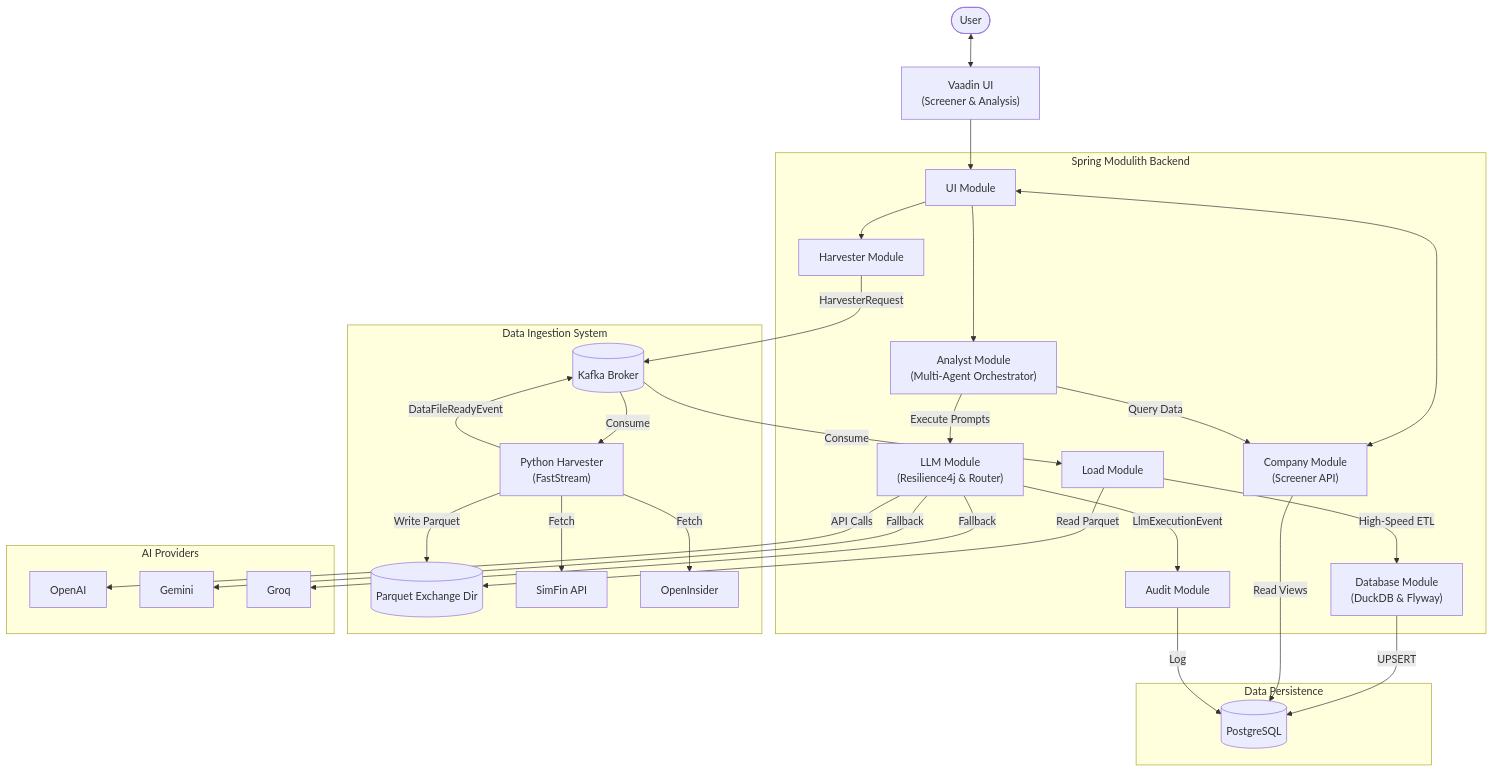
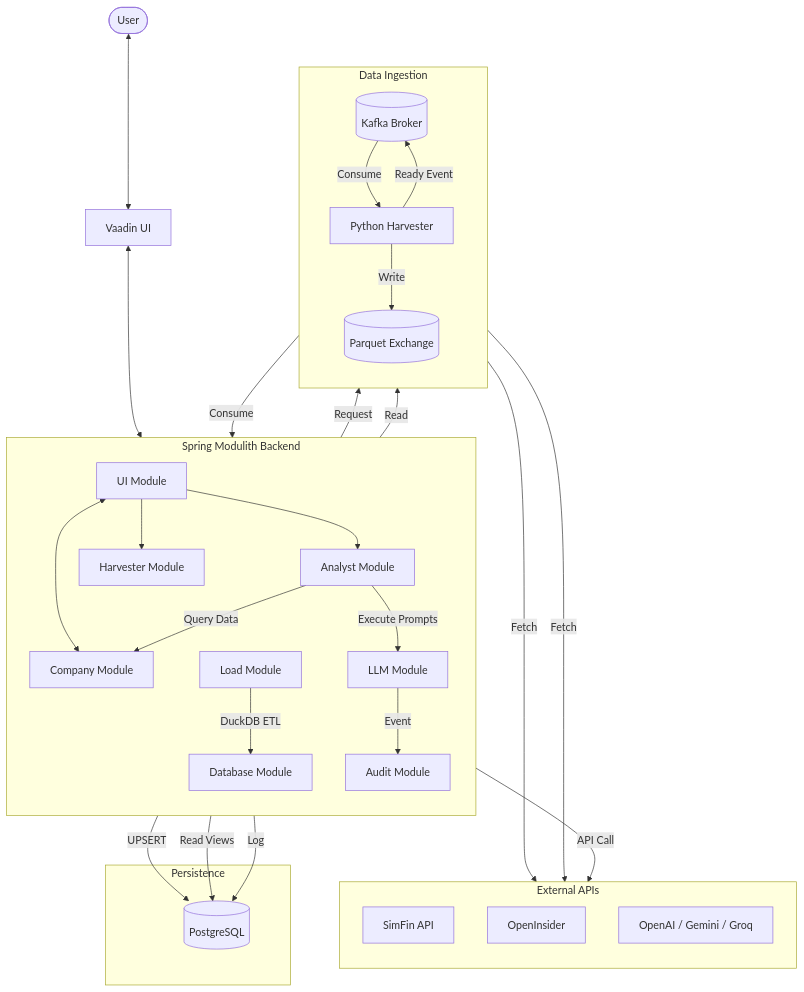
The diagram in README.md (amanitka/oraculum), drawn with Mermaid before and after one commit. The commit also changed other lines of this file, not shown here.

Commit message:
Update README: enhance UI screenshot presentation with resizable HTML images; refine architecture diagram for clarity and consistency.

````diff
--- a/README.md
+++ b/README.md
@@ -32,68 +32,62 @@
 ```mermaid
 flowchart TD
-    %% Users & UI
-    User([User])
-    UI["Vaadin UI<br/>(Screener & Analysis)"]
-    User <--> UI
+    User([User]) <--> UI["Vaadin UI"]
     
-    %% Java Backend Modules
     subgraph Spring Modulith Backend
+        direction TB
         UI_Mod["UI Module"]
-        Company["Company Module<br/>(Screener API)"]
+        Company["Company Module"]
+        Analyst["Analyst Module"]
         Harvester_Mod["Harvester Module"]
         Load["Load Module"]
-        Database["Database Module<br/>(DuckDB & Flyway)"]
-        Analyst["Analyst Module<br/>(Multi-Agent Orchestrator)"]
-        LLM["LLM Module<br/>(Resilience4j & Router)"]
+        Database["Database Module"]
+        LLM["LLM Module"]
         Audit["Audit Module"]
     end
+    
+    subgraph Data Ingestion
+        direction TB
+        Kafka[("Kafka Broker")]
+        PythonHarvester["Python Harvester"]
+        ExchangeDir[("Parquet Exchange")]
+    end
 
-    %% External Systems
-    subgraph Data Ingestion System
-        Kafka[("Kafka Broker")]
-        PythonHarvester["Python Harvester<br/>(FastStream)"]
-        ExchangeDir[("Parquet Exchange Dir")]
+    subgraph External APIs
+        direction TB
         SimFin["SimFin API"]
         OpenInsider["OpenInsider"]
+        AI_Models["OpenAI / Gemini / Groq"]
     end
 
-    subgraph Data Persistence
+    subgraph Persistence
         Postgres[("PostgreSQL")]
     end
-    
-    subgraph AI Providers
-        OpenAI["OpenAI"]
-        Gemini["Gemini"]
-        Groq["Groq"]
-    end
 
-    %% Internal connections
-    UI --> UI_Mod
+    %% Core UI Flow
+    UI <--> UI_Mod
     UI_Mod <--> Company
     UI_Mod --> Analyst
     UI_Mod --> Harvester_Mod
     
-    %% Data Harvesting Flow
-    Harvester_Mod -- "HarvesterRequest" --> Kafka
+    %% Harvester / Ingestion Pipeline
+    Harvester_Mod -- "Request" --> Kafka
     Kafka -- "Consume" --> PythonHarvester
     PythonHarvester -- "Fetch" --> SimFin
     PythonHarvester -- "Fetch" --> OpenInsider
-    PythonHarvester -- "Write Parquet" --> ExchangeDir
-    PythonHarvester -- "DataFileReadyEvent" --> Kafka
+    PythonHarvester -- "Write" --> ExchangeDir
+    PythonHarvester -- "Ready Event" --> Kafka
     
-    %% Data Loading Flow
+    %% Data Load Pipeline
     Kafka -- "Consume" --> Load
-    Load -- "Read Parquet" --> ExchangeDir
-    Load -- "High-Speed ETL" --> Database
+    Load -- "Read" --> ExchangeDir
+    Load -- "DuckDB ETL" --> Database
     Database -- "UPSERT" --> Postgres
     
     %% Analysis Flow
     Analyst -- "Query Data" --> Company
     Company -- "Read Views" --> Postgres
     Analyst -- "Execute Prompts" --> LLM
-    LLM -- "API Calls" --> OpenAI
-    LLM -- "Fallback" --> Gemini
-    LLM -- "Fallback" --> Groq
-    LLM -- "LlmExecutionEvent" --> Audit
+    LLM -- "API Call" --> AI_Models
+    LLM -- "Event" --> Audit
     Audit -- "Log" --> Postgres
 ```
````
